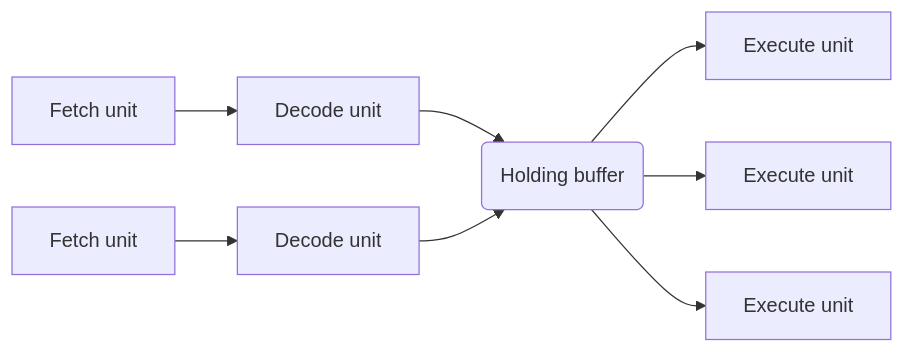
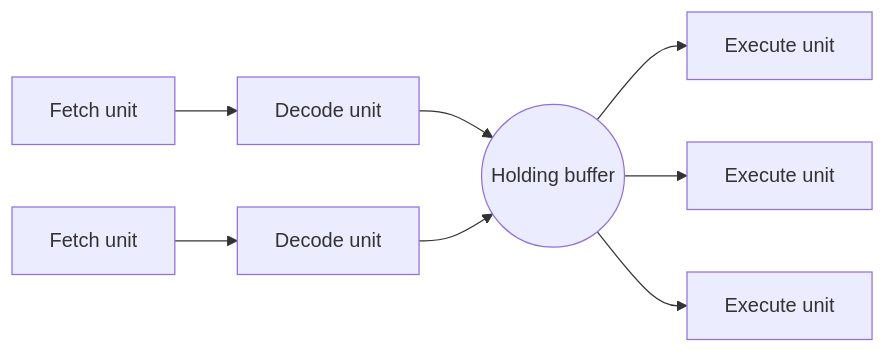
Before and after one commit to marktlen/Notebook_class-notes: the second of 2 diagrams in 操作系统/操作系统.md, drawn with Mermaid. The commit also changed other lines of this file and 4 other files, not shown here.

````diff
--- a/操作系统/操作系统.md
+++ b/操作系统/操作系统.md
@@ -326,10 +328,10 @@
 ```mermaid
 graph LR
 A[Fetch unit] --> B[Decode unit]
 C[Fetch unit] --> D[Decode unit]
-B --> E(Holding buffer)
+B --> E((Holding buffer))
 D --> E
 E --> F[Execute unit]
 E --> G[Execute unit]
 E --> H[Execute unit]
 ```
````
